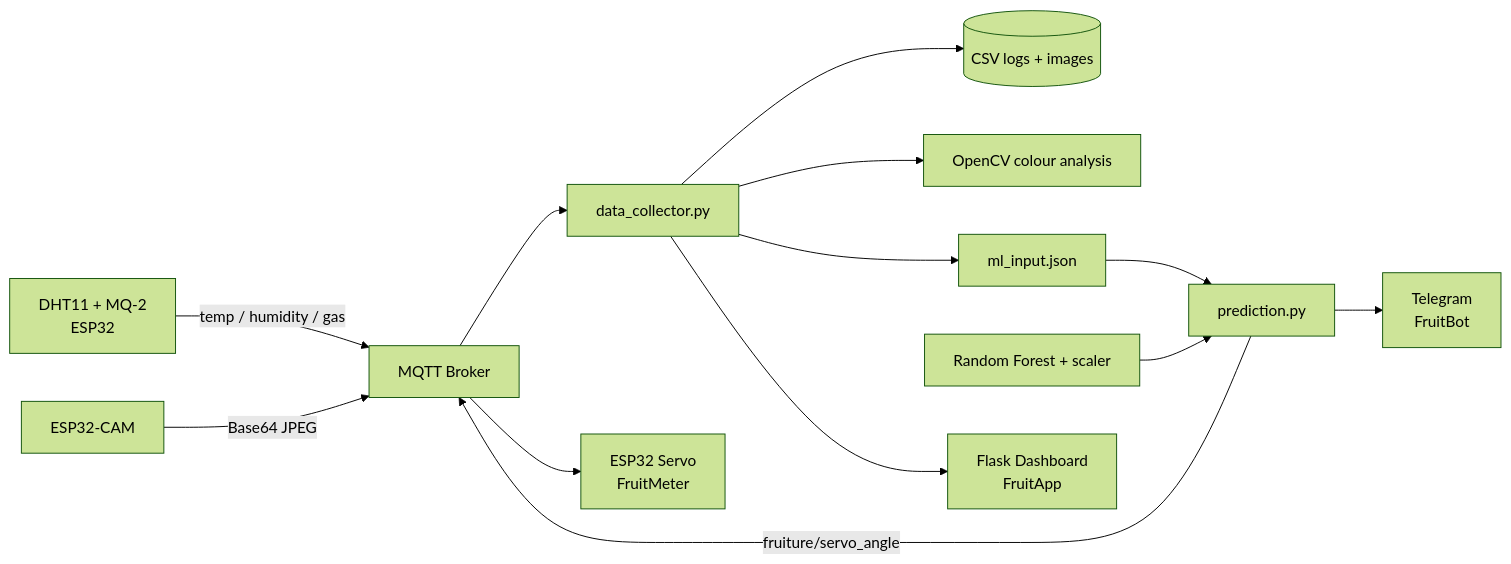
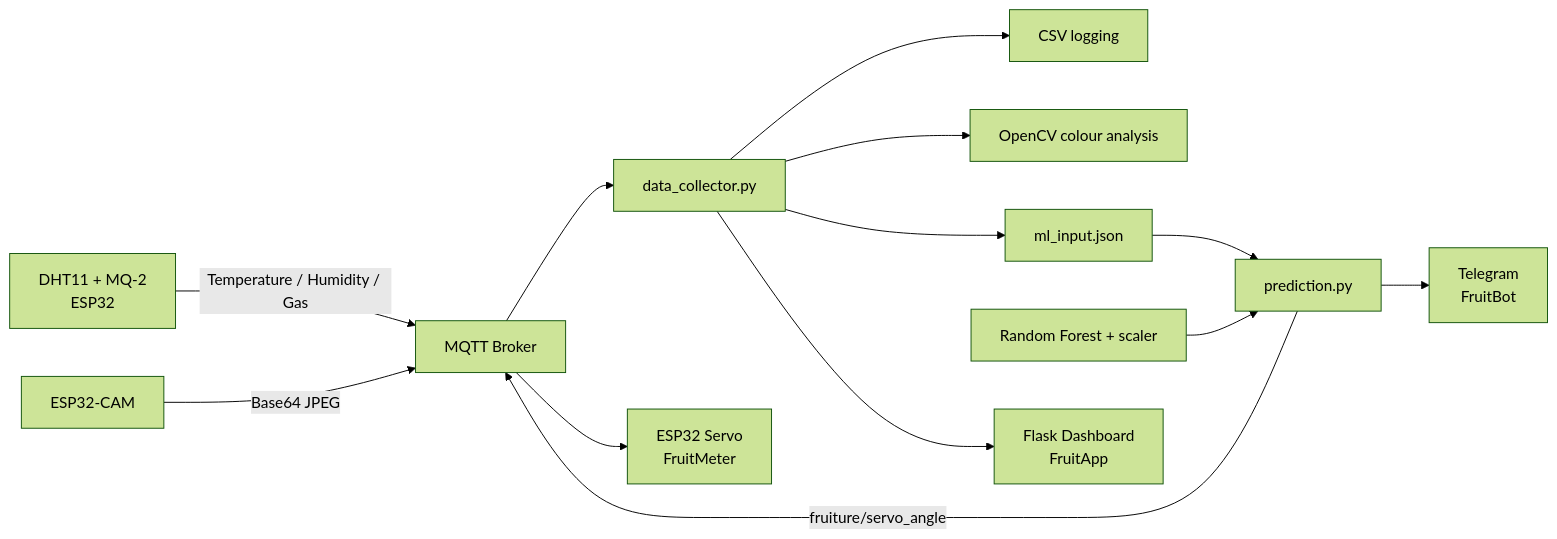
Before and after one commit to Makise-okabe/Fruiture-AI-IoT: the diagram in README.md, drawn with Mermaid (forest theme). The commit also changed other lines of this file, not shown here.

````diff
--- a/README.md
+++ b/README.md
@@ -30,15 +26,15 @@
 ```mermaid
 flowchart LR
-    A[DHT11 + MQ-2\nESP32] -->|temp / humidity / gas| B[MQTT Broker]
+    A[DHT11 + MQ-2\nESP32] -->|Temperature / Humidity / Gas| B[MQTT Broker]
     C[ESP32-CAM] -->|Base64 JPEG| B
     B --> D[data_collector.py]
-    D --> E[(CSV logs + images)]
+    D --> E[CSV logging]
     D --> F[OpenCV colour analysis]
     D --> G[ml_input.json]
     G --> H[prediction.py]
     I[Random Forest + scaler] --> H
     H -->|fruiture/servo_angle| B
     B --> J[ESP32 Servo\nFruitMeter]
     H --> K[Telegram\nFruitBot]
     D --> L[Flask Dashboard\nFruitApp]
 ```
````
